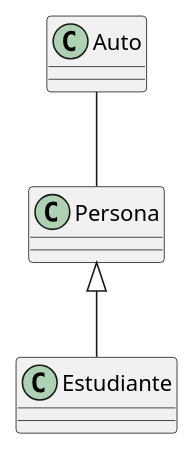
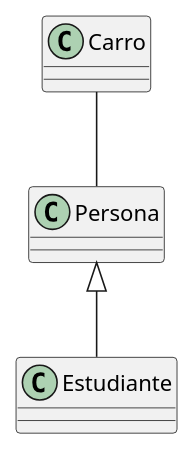
The diagram in doc/diagram.plantuml (TheSProyect/IS-Prueba), drawn with PlantUML before and after one commit.

Commit message:
cambio de nombre a clase

```diff
--- a/doc/diagram.plantuml
+++ b/doc/diagram.plantuml
@@ -1,8 +1,8 @@
 @startuml
 class Persona
-class Auto
+class Carro
 class Estudiante
 
-Auto -- Persona
+Carro -- Persona
 Persona <|-- Estudiante
 @enduml
```
